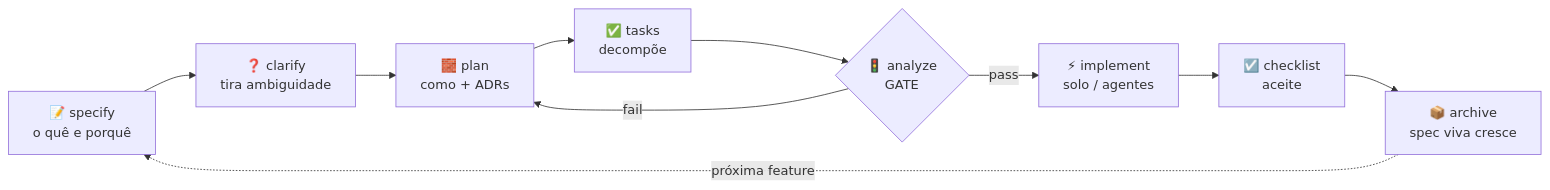
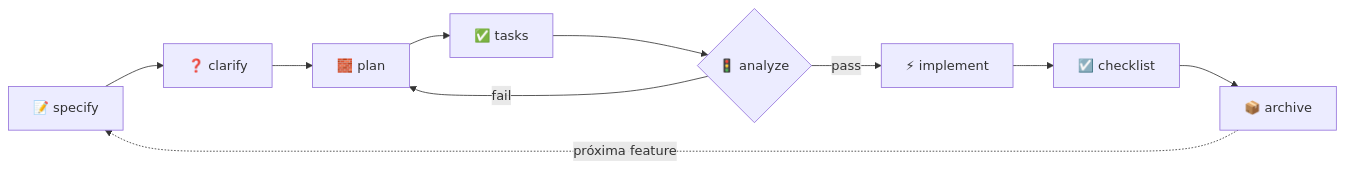
One commit to leonardorejani/lodestar changed the diagram in README.md. Above: the diagram before and after it, drawn with Mermaid. The commit also changed other lines of this file and 38 other files, not shown here.

````diff
--- a/README.md
+++ b/README.md
@@ -72,12 +118,12 @@
 ```mermaid
 flowchart LR
-    S[📝 specify<br/>o quê e porquê] --> C[❓ clarify<br/>tira ambiguidade]
-    C --> P[🧱 plan<br/>como + ADRs]
-    P --> T[✅ tasks<br/>decompõe]
-    T --> A{🚦 analyze<br/>GATE}
-    A -->|pass| I[⚡ implement<br/>solo / agentes]
+    S[📝 specify] --> C[❓ clarify]
+    C --> P[🧱 plan]
+    P --> T[✅ tasks]
+    T --> A{🚦 analyze}
+    A -->|pass| I[⚡ implement]
     A -->|fail| P
-    I --> K[☑️ checklist<br/>aceite]
-    K --> R[📦 archive<br/>spec viva cresce]
+    I --> K[☑️ checklist]
+    K --> R[📦 archive]
     R -.próxima feature.-> S
 ```
````
